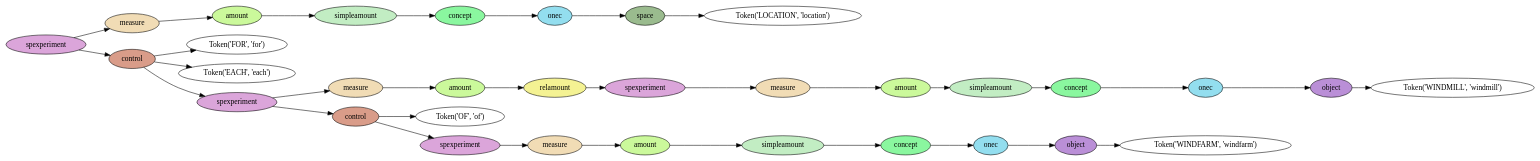
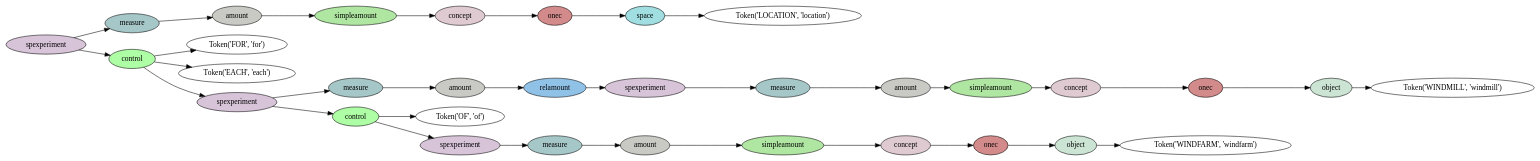
Before and after one commit to simonscheider/ModelQuestions: the diagram in parseTrees/experiments10.gv, drawn with Graphviz. The commit also changed 49 other files, not shown here.

```diff
--- a/parseTrees/experiments10.gv
+++ b/parseTrees/experiments10.gv
@@ -1,68 +1,68 @@
 digraph G {
 rankdir=LR;
 0 [label="Token('LOCATION', 'location')"];
-1 [fillcolor="#9abb8e", label=space, style=filled];
+1 [fillcolor="#a1dee1", label=space, style=filled];
 1 -> 0;
-2 [fillcolor="#93deef", label=onec, style=filled];
+2 [fillcolor="#d28b8a", label=onec, style=filled];
 2 -> 1;
-3 [fillcolor="#8af79f", label=concept, style=filled];
+3 [fillcolor="#dfcad1", label=concept, style=filled];
 3 -> 2;
-4 [fillcolor="#c2edc3", label=simpleamount, style=filled];
+4 [fillcolor="#afe6a1", label=simpleamount, style=filled];
 4 -> 3;
-5 [fillcolor="#cbf99b", label=amount, style=filled];
+5 [fillcolor="#c9cac4", label=amount, style=filled];
 5 -> 4;
-6 [fillcolor="#f1dcb5", label=measure, style=filled];
+6 [fillcolor="#a6c7c8", label=measure, style=filled];
 6 -> 5;
 7 [label="Token('FOR', 'for')"];
 8 [label="Token('EACH', 'each')"];
 9 [label="Token('WINDMILL', 'windmill')"];
-10 [fillcolor="#ba8fd7", label=object, style=filled];
+10 [fillcolor="#cbe4d3", label=object, style=filled];
 10 -> 9;
-11 [fillcolor="#93deef", label=onec, style=filled];
+11 [fillcolor="#d28b8a", label=onec, style=filled];
 11 -> 10;
-12 [fillcolor="#8af79f", label=concept, style=filled];
+12 [fillcolor="#dfcad1", label=concept, style=filled];
 12 -> 11;
-13 [fillcolor="#c2edc3", label=simpleamount, style=filled];
+13 [fillcolor="#afe6a1", label=simpleamount, style=filled];
 13 -> 12;
-14 [fillcolor="#cbf99b", label=amount, style=filled];
+14 [fillcolor="#c9cac4", label=amount, style=filled];
 14 -> 13;
-15 [fillcolor="#f1dcb5", label=measure, style=filled];
+15 [fillcolor="#a6c7c8", label=measure, style=filled];
 15 -> 14;
-16 [fillcolor="#dba5da", label=spexperiment, style=filled];
+16 [fillcolor="#d8c4d9", label=spexperiment, style=filled];
 16 -> 15;
-17 [fillcolor="#f4f293", label=relamount, style=filled];
+17 [fillcolor="#90c2e7", label=relamount, style=filled];
 17 -> 16;
-18 [fillcolor="#cbf99b", label=amount, style=filled];
+18 [fillcolor="#c9cac4", label=amount, style=filled];
 18 -> 17;
-19 [fillcolor="#f1dcb5", label=measure, style=filled];
+19 [fillcolor="#a6c7c8", label=measure, style=filled];
 19 -> 18;
 20 [label="Token('OF', 'of')"];
 21 [label="Token('WINDFARM', 'windfarm')"];
-22 [fillcolor="#ba8fd7", label=object, style=filled];
+22 [fillcolor="#cbe4d3", label=object, style=filled];
 22 -> 21;
-23 [fillcolor="#93deef", label=onec, style=filled];
+23 [fillcolor="#d28b8a", label=onec, style=filled];
 23 -> 22;
-24 [fillcolor="#8af79f", label=concept, style=filled];
+24 [fillcolor="#dfcad1", label=concept, style=filled];
 24 -> 23;
-25 [fillcolor="#c2edc3", label=simpleamount, style=filled];
+25 [fillcolor="#afe6a1", label=simpleamount, style=filled];
 25 -> 24;
-26 [fillcolor="#cbf99b", label=amount, style=filled];
+26 [fillcolor="#c9cac4", label=amount, style=filled];
 26 -> 25;
-27 [fillcolor="#f1dcb5", label=measure, style=filled];
+27 [fillcolor="#a6c7c8", label=measure, style=filled];
 27 -> 26;
-28 [fillcolor="#dba5da", label=spexperiment, style=filled];
+28 [fillcolor="#d8c4d9", label=spexperiment, style=filled];
 28 -> 27;
-29 [fillcolor="#d99c89", label=control, style=filled];
+29 [fillcolor="#aefea5", label=control, style=filled];
 29 -> 20;
 29 -> 28;
-30 [fillcolor="#dba5da", label=spexperiment, style=filled];
+30 [fillcolor="#d8c4d9", label=spexperiment, style=filled];
 30 -> 19;
 30 -> 29;
-31 [fillcolor="#d99c89", label=control, style=filled];
+31 [fillcolor="#aefea5", label=control, style=filled];
 31 -> 7;
 31 -> 8;
 31 -> 30;
-32 [fillcolor="#dba5da", label=spexperiment, style=filled];
+32 [fillcolor="#d8c4d9", label=spexperiment, style=filled];
 32 -> 6;
 32 -> 31;
 }
```
